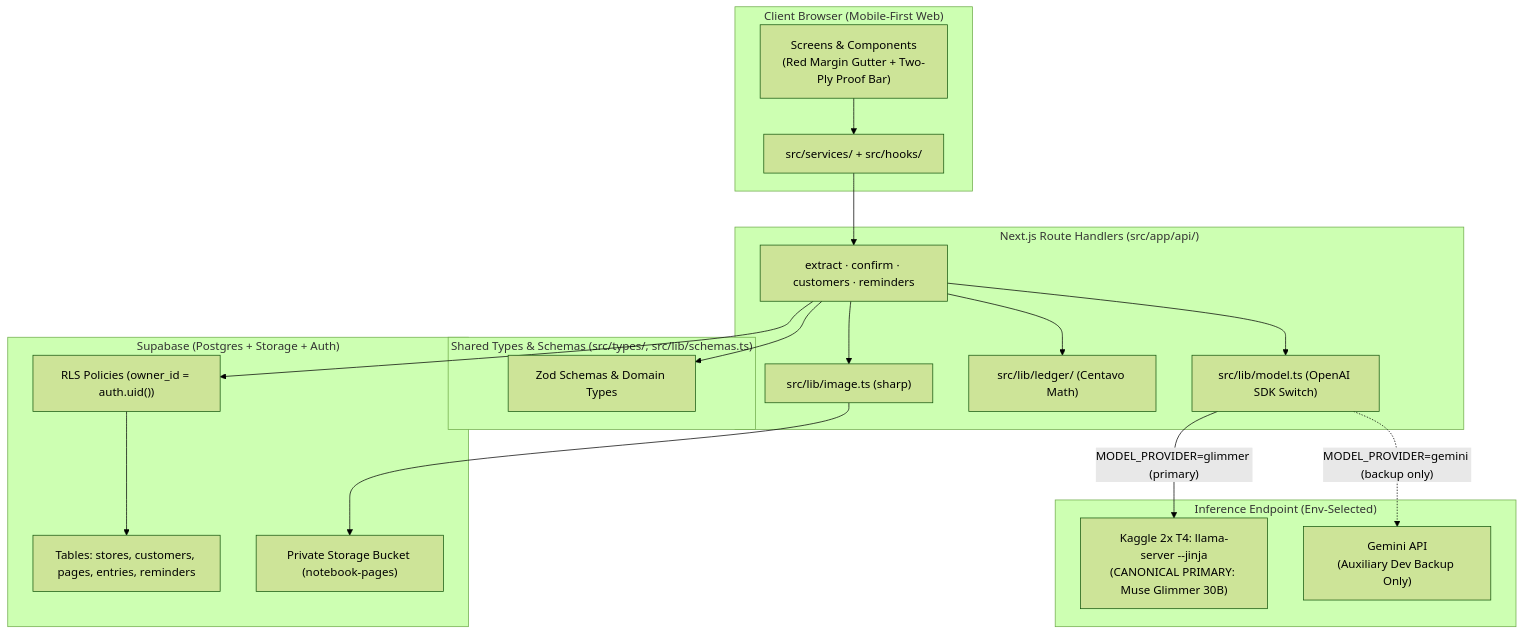
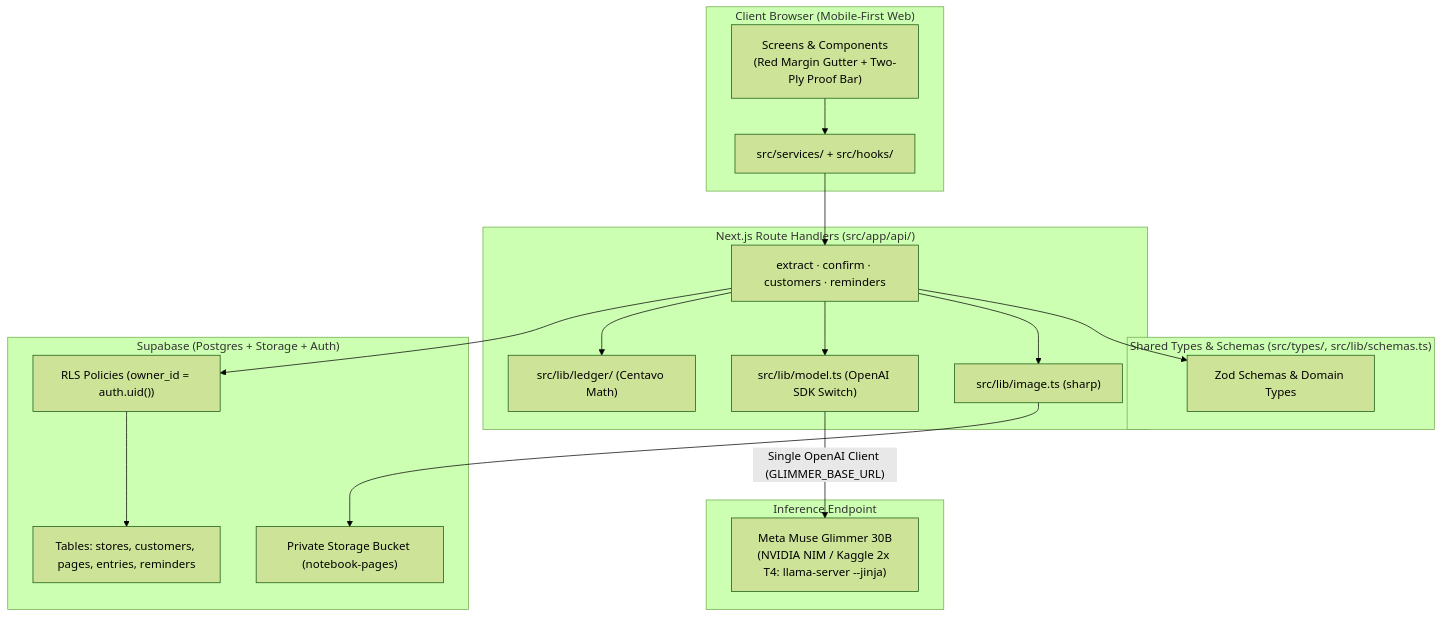
One commit to ejay-detera/talaan changed the diagram in docs/sad.md. Above: the diagram before and after it, drawn with Mermaid (forest theme). The commit also changed other lines of this file and 30 other files, not shown here.

Commit message:
refactor: retire gemini fallback and standardize documentation for meta muse glimmer 30b

````diff
--- a/docs/sad.md
+++ b/docs/sad.md
@@ -77,37 +76,35 @@
 ```mermaid
 flowchart TB
   subgraph client ["Client Browser (Mobile-First Web)"]
     UI["Screens & Components\n(Red Margin Gutter + Two-Ply Proof Bar)"]
     SVC["src/services/ + src/hooks/"]
   end
   subgraph shared ["Shared Types & Schemas (src/types/, src/lib/schemas.ts)"]
     ZOD["Zod Schemas & Domain Types"]
   end
   subgraph backend ["Next.js Route Handlers (src/app/api/)"]
     API["extract · confirm · customers · reminders"]
     SHARP["src/lib/image.ts (sharp)"]
     LEDGER["src/lib/ledger/ (Centavo Math)"]
     MODEL["src/lib/model.ts (OpenAI SDK Switch)"]
   end
   subgraph db ["Supabase (Postgres + Storage + Auth)"]
     RLS["RLS Policies (owner_id = auth.uid())"]
     TBL["Tables: stores, customers, pages, entries, reminders"]
     BUCKET["Private Storage Bucket (notebook-pages)"]
   end
-  subgraph external ["Inference Endpoint (Env-Selected)"]
-    GLIMMER["Kaggle 2x T4: llama-server --jinja\n(CANONICAL PRIMARY: Muse Glimmer 30B)"]
-    GEMINI["Gemini API\n(Auxiliary Dev Backup Only)"]
+  subgraph external ["Inference Endpoint"]
+    GLIMMER["Meta Muse Glimmer 30B\n(NVIDIA NIM / Kaggle 2x T4: llama-server --jinja)"]
   end
 
   UI --> SVC
   SVC --> API
   API --> ZOD
   API --> SHARP
   SHARP --> BUCKET
   API --> MODEL
-  MODEL -->|"MODEL_PROVIDER=glimmer (primary)"| GLIMMER
-  MODEL -.->|"MODEL_PROVIDER=gemini (backup only)"| GEMINI
+  MODEL -->|"Single OpenAI Client (GLIMMER_BASE_URL)"| GLIMMER
   API --> LEDGER
   API --> RLS
   RLS --> TBL
 ```
````
